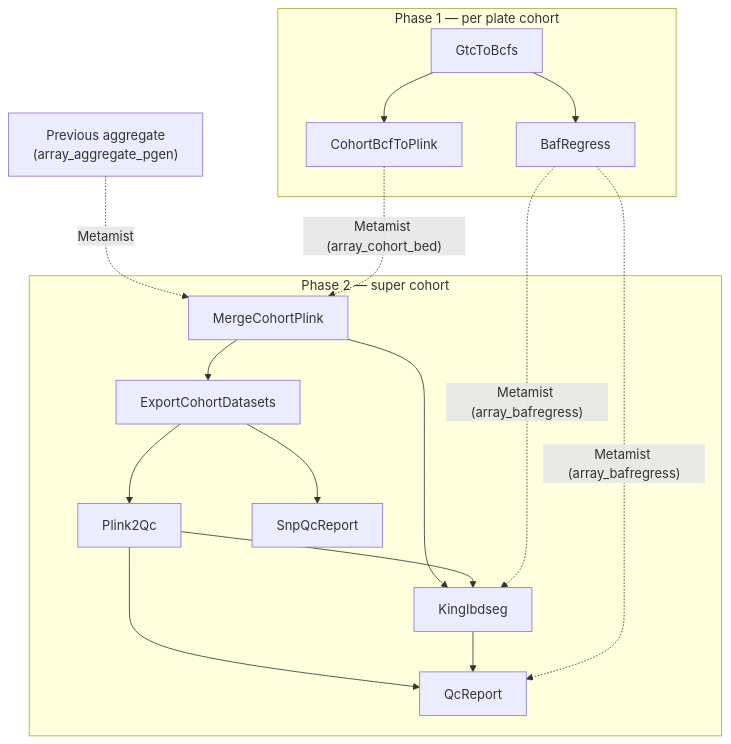
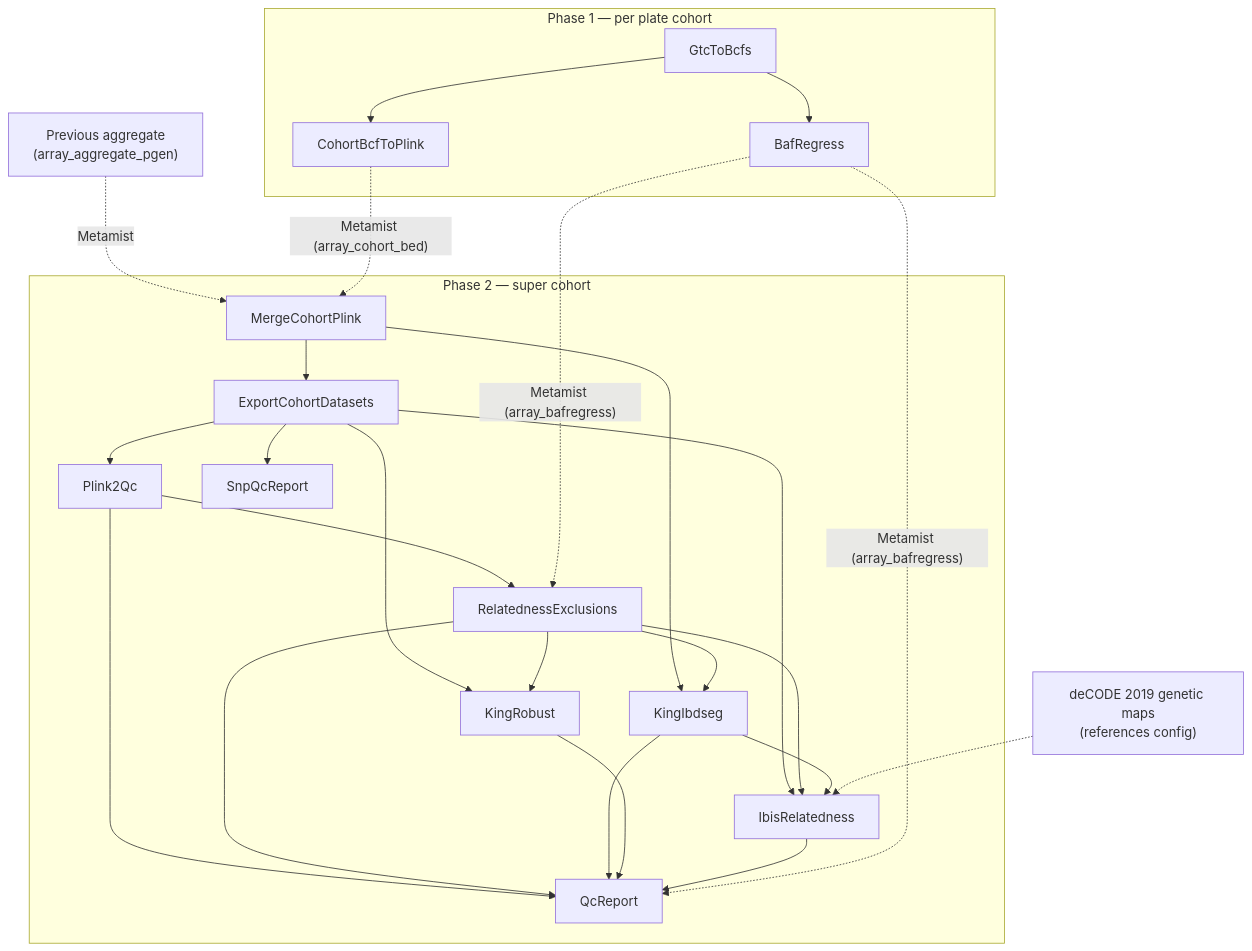
The diagram in README.md (populationgenomics/popgen-genotyping), drawn with Mermaid before and after one commit. The commit also changed other lines of this file and 20 other files, not shown here.

Commit message:
Add KING-robust and IBIS relatedness stages alongside KING --ibdseg, split the sample exclusions into their own stage, and report all three estimators in the QC CSV

````diff
--- a/README.md
+++ b/README.md
@@ -11,20 +11,30 @@
 ```mermaid
 flowchart TB
     subgraph phase1 ["Phase 1 — per plate cohort"]
         GtcToBcfs --> BafRegress
         GtcToBcfs --> CohortBcfToPlink
     end
     subgraph phase2 ["Phase 2 — super cohort"]
         MergeCohortPlink --> ExportCohortDatasets
         MergeCohortPlink --> KingIbdseg
         ExportCohortDatasets --> Plink2Qc
         ExportCohortDatasets --> SnpQcReport
-        Plink2Qc --> KingIbdseg
+        ExportCohortDatasets --> KingRobust
+        ExportCohortDatasets --> IbisRelatedness
+        Plink2Qc --> RelatednessExclusions
         Plink2Qc --> QcReport
+        RelatednessExclusions --> KingIbdseg
+        RelatednessExclusions --> KingRobust
+        RelatednessExclusions --> IbisRelatedness
+        RelatednessExclusions --> QcReport
+        KingIbdseg --> IbisRelatedness
         KingIbdseg --> QcReport
+        KingRobust --> QcReport
+        IbisRelatedness --> QcReport
     end
     prev["Previous aggregate<br/>(array_aggregate_pgen)"] -. Metamist .-> MergeCohortPlink
     CohortBcfToPlink -. "Metamist (array_cohort_bed)" .-> MergeCohortPlink
-    BafRegress -. "Metamist (array_bafregress)" .-> KingIbdseg
+    BafRegress -. "Metamist (array_bafregress)" .-> RelatednessExclusions
     BafRegress -. "Metamist (array_bafregress)" .-> QcReport
+    maps["deCODE 2019 genetic maps<br/>(references config)"] -.-> IbisRelatedness
 ```
````
